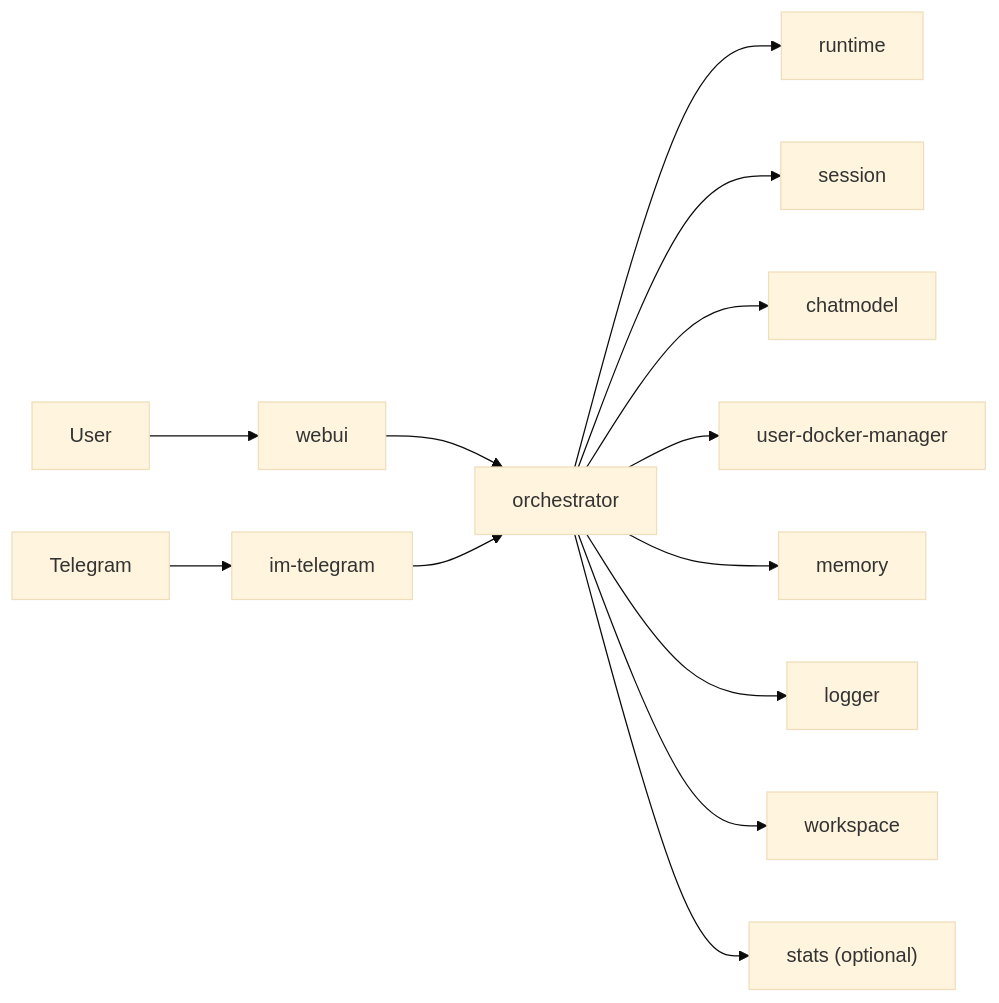
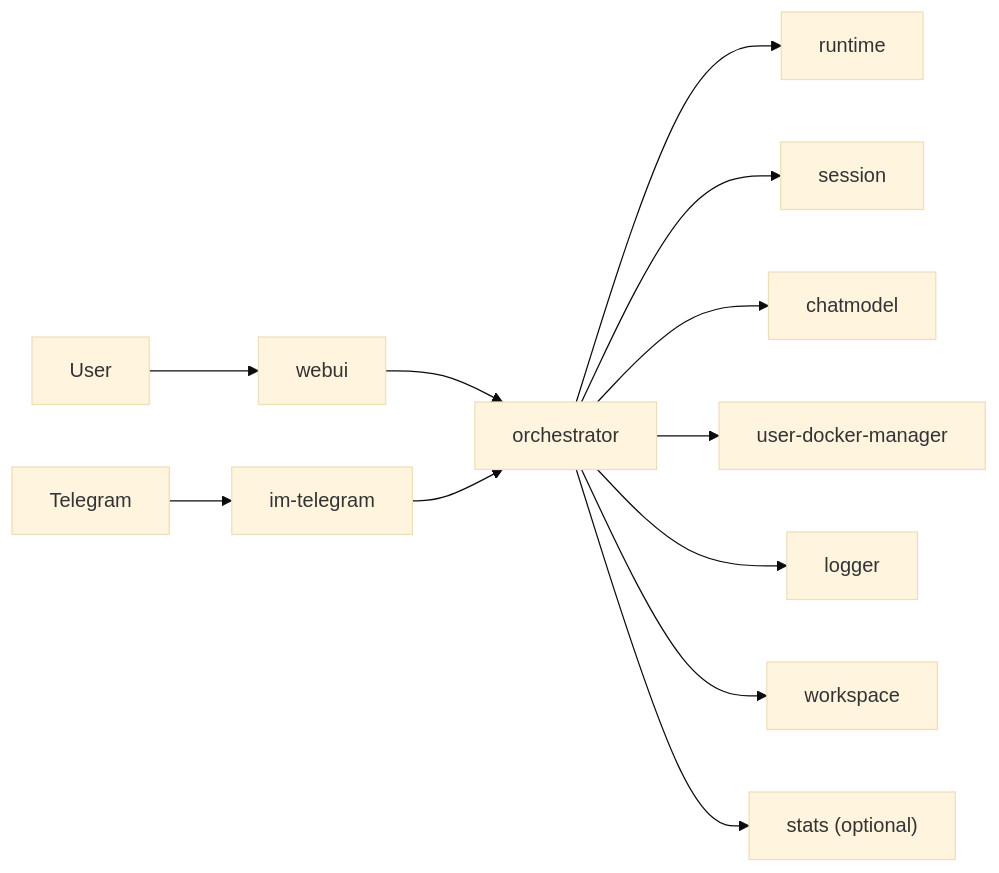
One commit to WhaleMesh/WhaleBot changed the diagram in README.en.md. Above: the diagram before and after it, drawn with Mermaid (base theme). The commit also changed other lines of this file and 6 other files, not shown here.

````diff
--- a/README.en.md
+++ b/README.en.md
@@ -18,15 +18,14 @@
 ```mermaid
 flowchart LR
   user["User"] --> webui["webui"]
   tg["Telegram"] --> imTelegram["im-telegram"]
   webui --> orchestrator["orchestrator"]
   imTelegram --> orchestrator
   orchestrator --> runtime["runtime"]
   orchestrator --> session["session"]
   orchestrator --> chatmodel["chatmodel"]
   orchestrator --> toolDocker["user-docker-manager"]
-  orchestrator --> memory["memory"]
   orchestrator --> logger["logger"]
   orchestrator --> workspace["workspace"]
   orchestrator --> stats["stats (optional)"]
 ```
````
